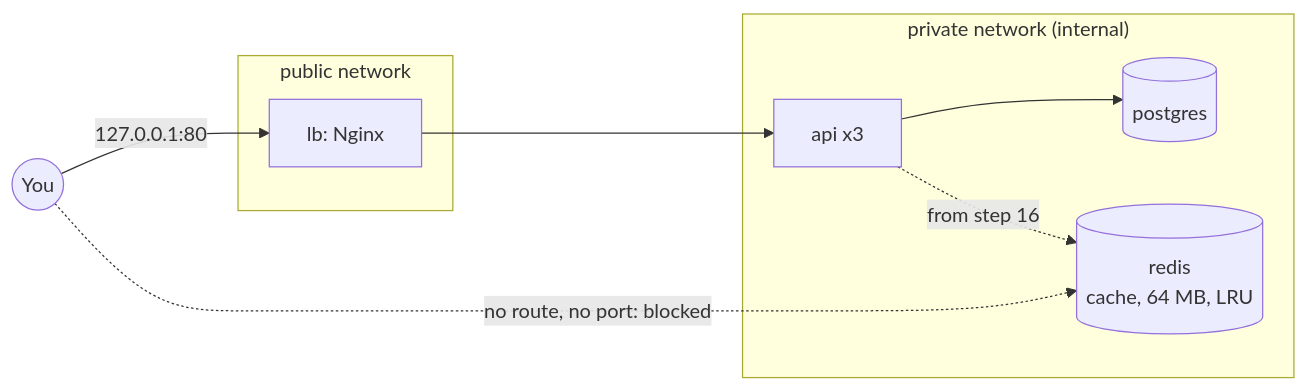
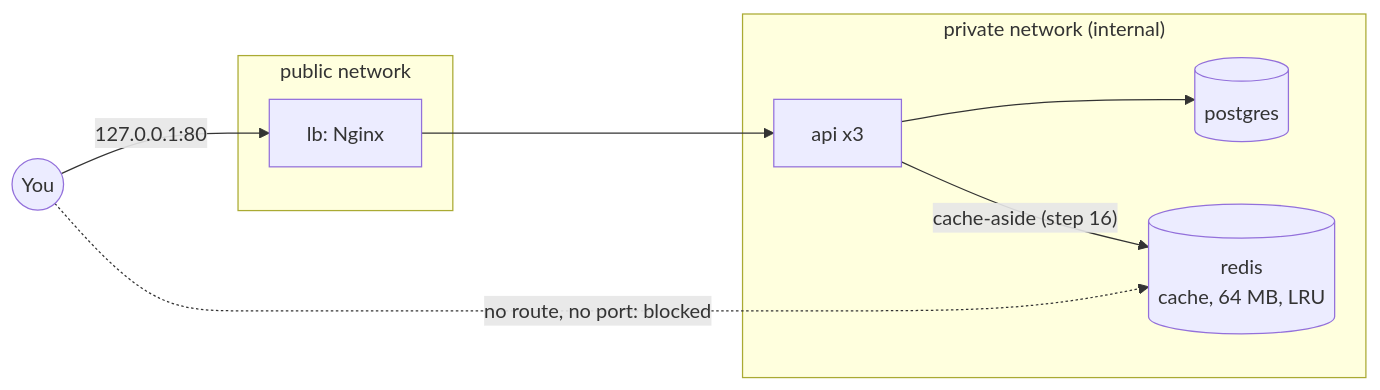
Before and after one commit to moncef2k/aws-local-lab: the diagram in docs/labs/05-caching.md, drawn with Mermaid. The commit also changed other lines of this file and 1 other file, not shown here.

Commit message:
AWSLAB-34 docs: lab 05 step 16 - cache-aside on GET /notes/{id}

````diff
--- a/docs/labs/05-caching.md
+++ b/docs/labs/05-caching.md
@@ -59,16 +65,16 @@
 ```mermaid
 flowchart LR
   you((You)) -->|127.0.0.1:80| lb
   subgraph public["public network"]
     lb["lb: Nginx"]
   end
   subgraph private["private network (internal)"]
     api["api x3"]
     pg[("postgres")]
     redis[("redis<br/>cache, 64 MB, LRU")]
   end
   lb --> api
   api --> pg
-  api -. "from step 16" .-> redis
+  api -->|"cache-aside (step 16)"| redis
   you -. "no route, no port: blocked" .-> redis
 ```
````
